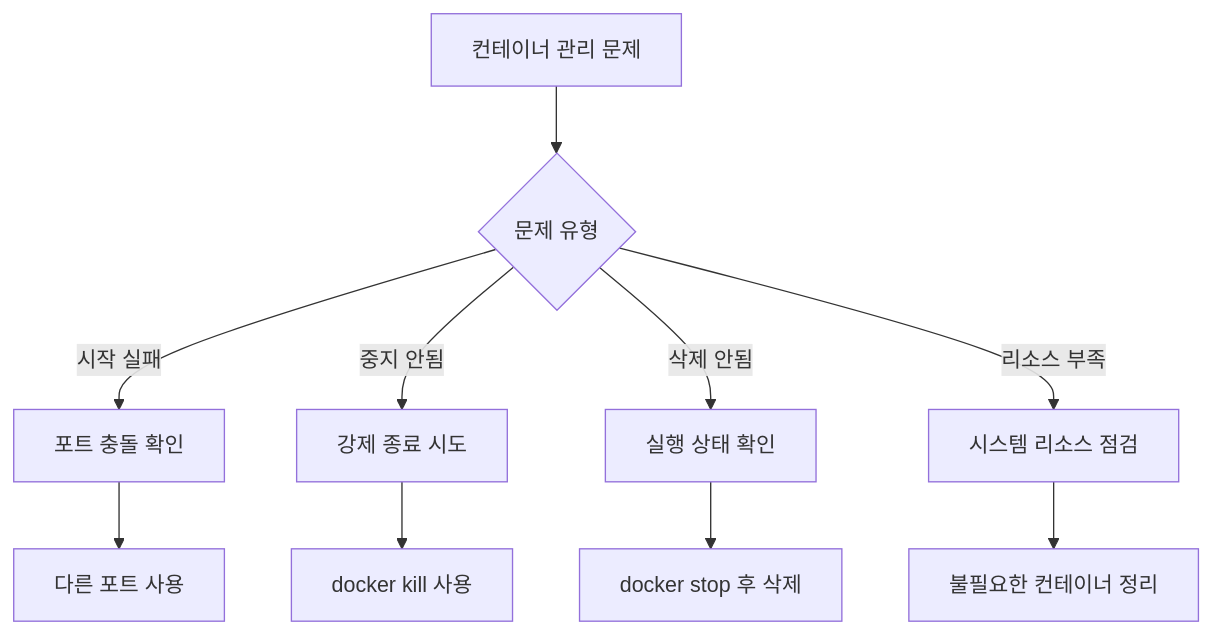
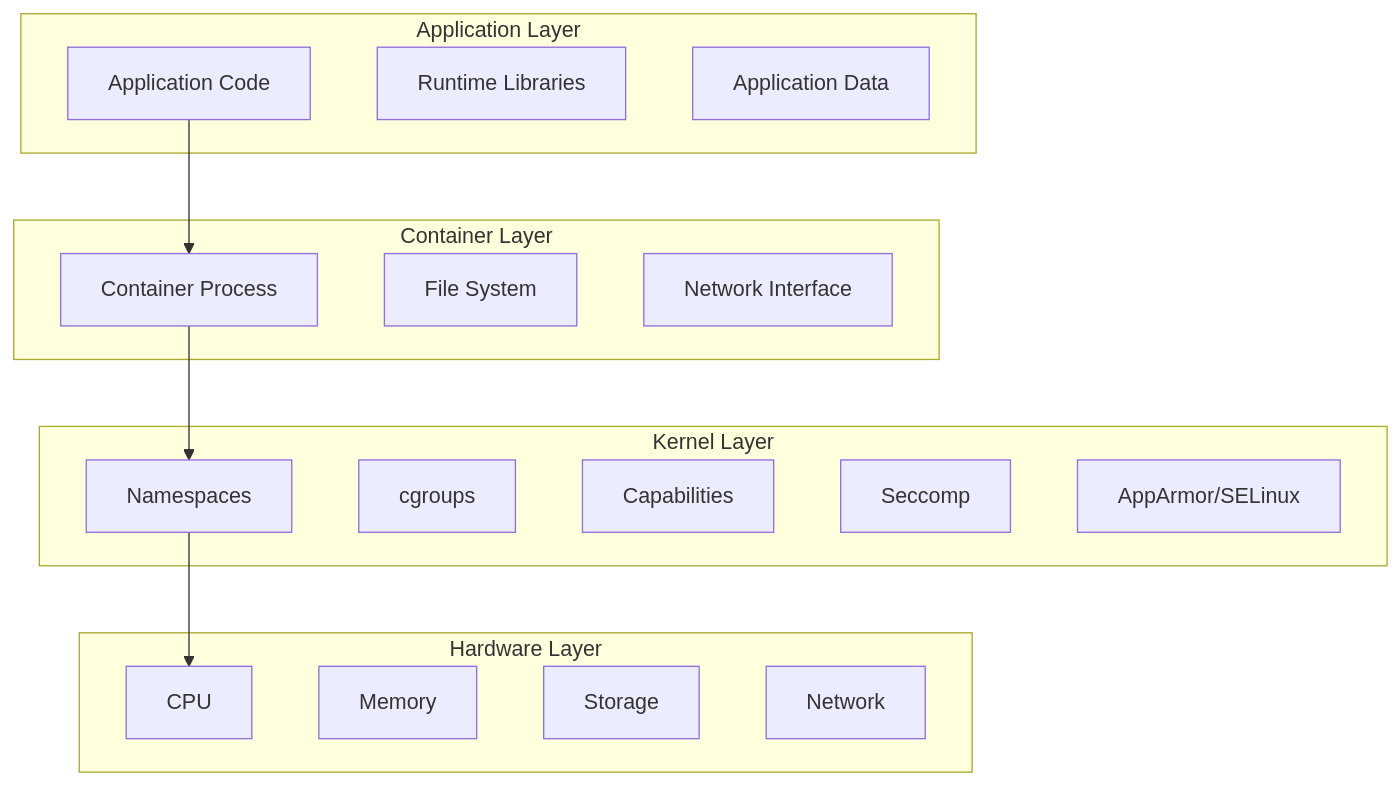
One commit to niceguy61/kdt_devops_lecture_2025 changed the first of 2 diagrams in week_02/day_01/session_05.md. Above: the diagram before and after it, drawn with Mermaid. The commit also changed other lines of this file and 41 other files, not shown here.

````diff
--- a/week_02/day_01/session_05.md
+++ b/week_02/day_01/session_05.md
@@ -309,13 +15,33 @@
 ```mermaid
-flowchart TD
-    A[컨테이너 관리 문제] --> B{문제 유형}
-    B -->|시작 실패| C[포트 충돌 확인]
-    B -->|중지 안됨| D[강제 종료 시도]
-    B -->|삭제 안됨| E[실행 상태 확인]
-    B -->|리소스 부족| F[시스템 리소스 점검]
+graph TB
+    subgraph "Application Layer"
+        A[Application Code]
+        B[Runtime Libraries]
+        C[Application Data]
+    end
     
-    C --> G[다른 포트 사용]
-    D --> H[docker kill 사용]
-    E --> I[docker stop 후 삭제]
-    F --> J[불필요한 컨테이너 정리]
+    subgraph "Container Layer"
+        D[Container Process]
+        E[File System]
+        F[Network Interface]
+    end
+    
+    subgraph "Kernel Layer"
+        G[Namespaces]
+        H[cgroups]
+        I[Capabilities]
+        J[Seccomp]
+        K[AppArmor/SELinux]
+    end
+    
+    subgraph "Hardware Layer"
+        L[CPU]
+        M[Memory]
+        N[Storage]
+        O[Network]
+    end
+    
+    A --> D
+    D --> G
+    G --> L
 ```
````
